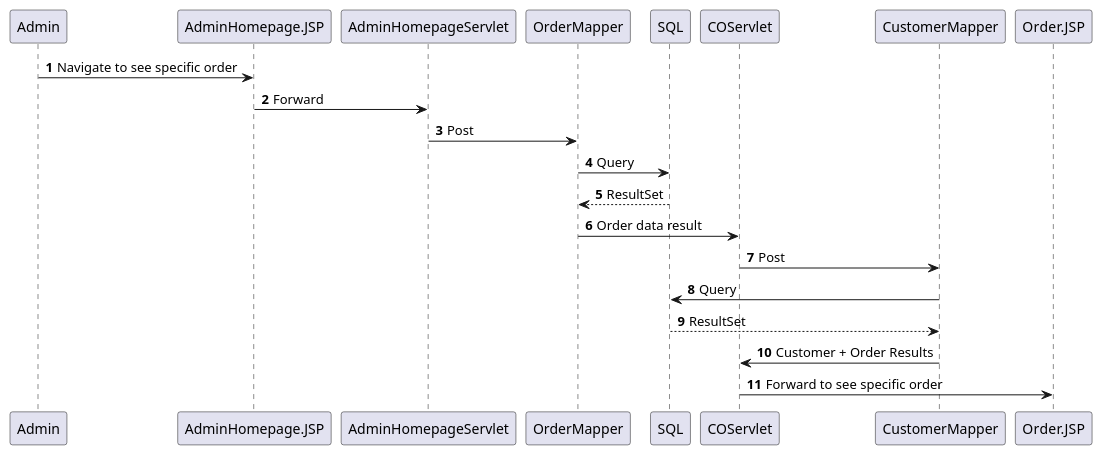
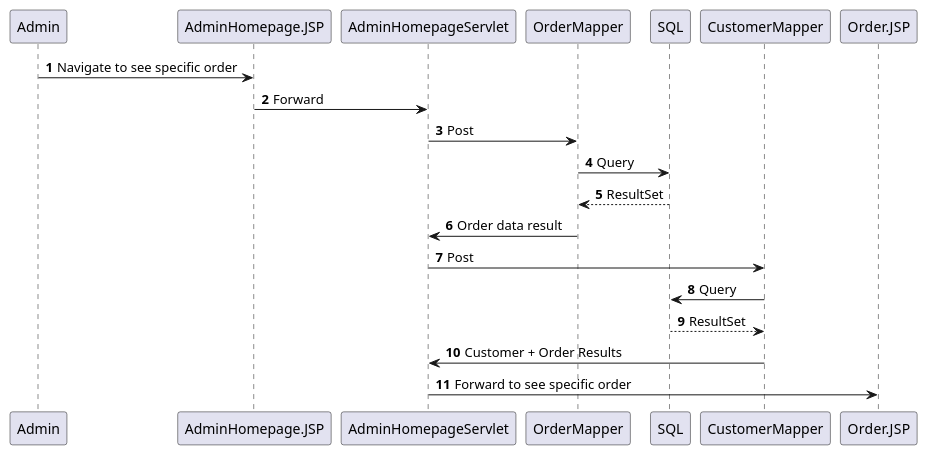
One commit to HeinLarsen/fog-carport changed the diagram in documentation/SqAdminSeeOrders.puml. Above: the diagram before and after it, drawn with PlantUML. The commit also changed 2 other files, not shown here.

Commit message:
No COServlet, back to AdminHomepageServlet bliver rettet nu.

```diff
--- a/documentation/SqAdminSeeOrders.puml
+++ b/documentation/SqAdminSeeOrders.puml
@@ -1,18 +1,18 @@
 @startuml
 'https://plantuml.com/sequence-diagram
 
 autonumber
 
 Admin -> AdminHomepage.JSP: Navigate to see specific order
 AdminHomepage.JSP -> AdminHomepageServlet: Forward
 AdminHomepageServlet -> OrderMapper: Post
 OrderMapper -> SQL: Query
 SQL --> OrderMapper: ResultSet
-OrderMapper -> COServlet: Order data result
-COServlet -> CustomerMapper: Post
+OrderMapper -> AdminHomepageServlet: Order data result
+AdminHomepageServlet -> CustomerMapper: Post
 CustomerMapper -> SQL: Query
 SQL --> CustomerMapper: ResultSet
-CustomerMapper -> COServlet: Customer + Order Results
-COServlet -> Order.JSP: Forward to see specific order
+CustomerMapper -> AdminHomepageServlet: Customer + Order Results
+AdminHomepageServlet -> Order.JSP: Forward to see specific order
 
 @enduml
```
